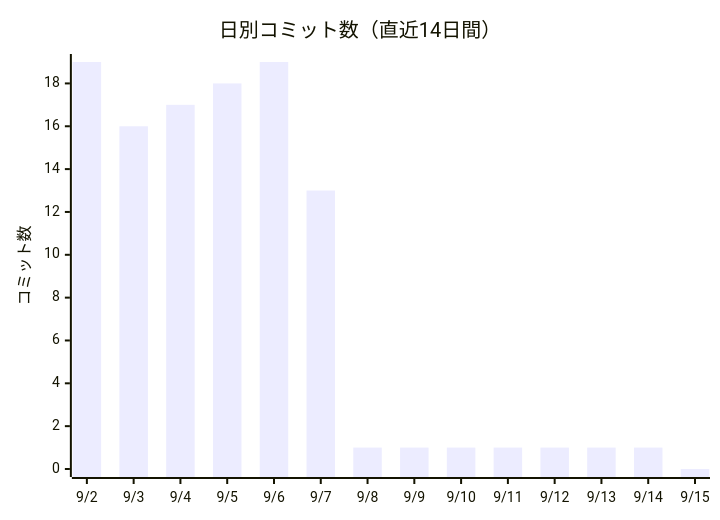
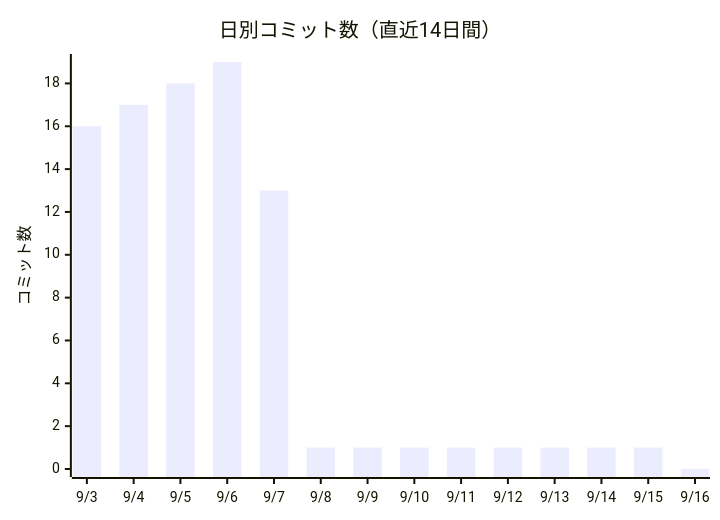
One commit to non-x2/non-x2 changed the first of 2 diagrams in docs/進化レポート.md. Above: the diagram before and after it, drawn with Mermaid. The commit also changed other lines of this file and 1 other file, not shown here.

````diff
--- a/docs/進化レポート.md
+++ b/docs/進化レポート.md
@@ -23,7 +23,7 @@
 ```mermaid
 xychart-beta
     title "日別コミット数（直近14日間）"
-    x-axis ["9/2", "9/3", "9/4", "9/5", "9/6", "9/7", "9/8", "9/9", "9/10", "9/11", "9/12", "9/13", "9/14", "9/15"]
+    x-axis ["9/3", "9/4", "9/5", "9/6", "9/7", "9/8", "9/9", "9/10", "9/11", "9/12", "9/13", "9/14", "9/15", "9/16"]
     y-axis "コミット数"
-    bar [19, 16, 17, 18, 19, 13, 1, 1, 1, 1, 1, 1, 1, 0]
+    bar [16, 17, 18, 19, 13, 1, 1, 1, 1, 1, 1, 1, 1, 0]
 ```
````
